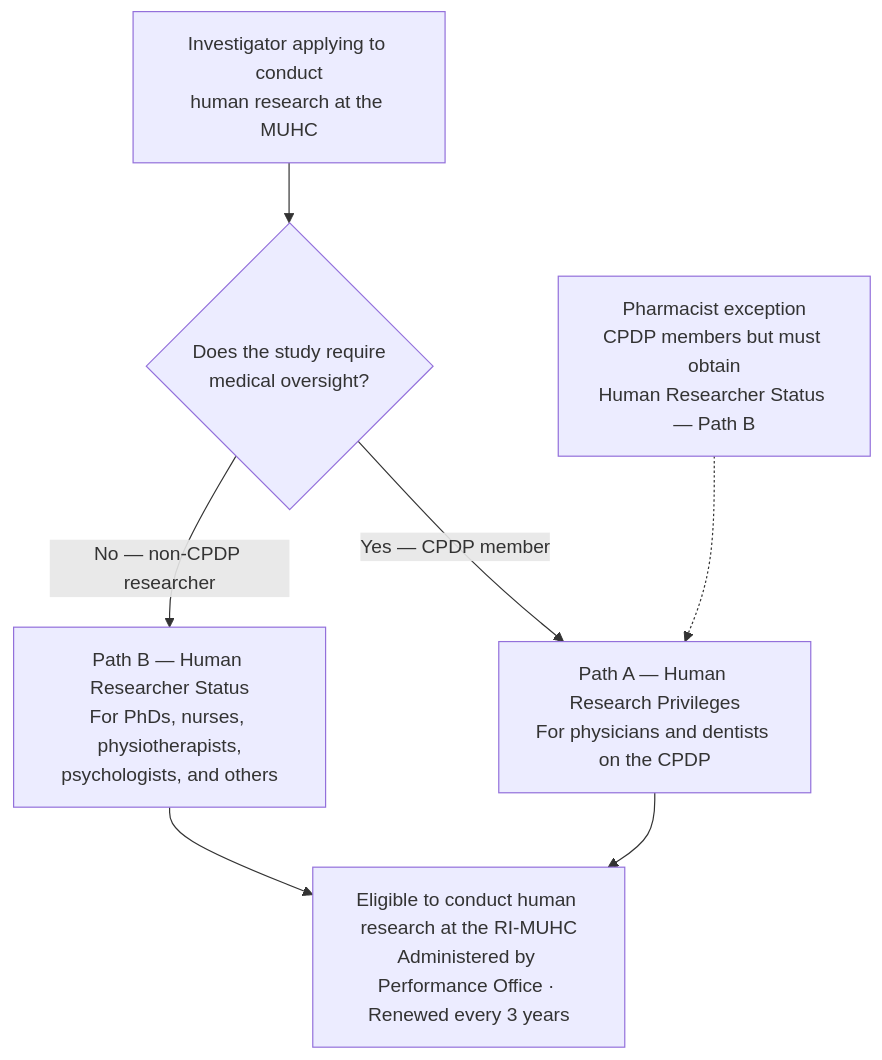
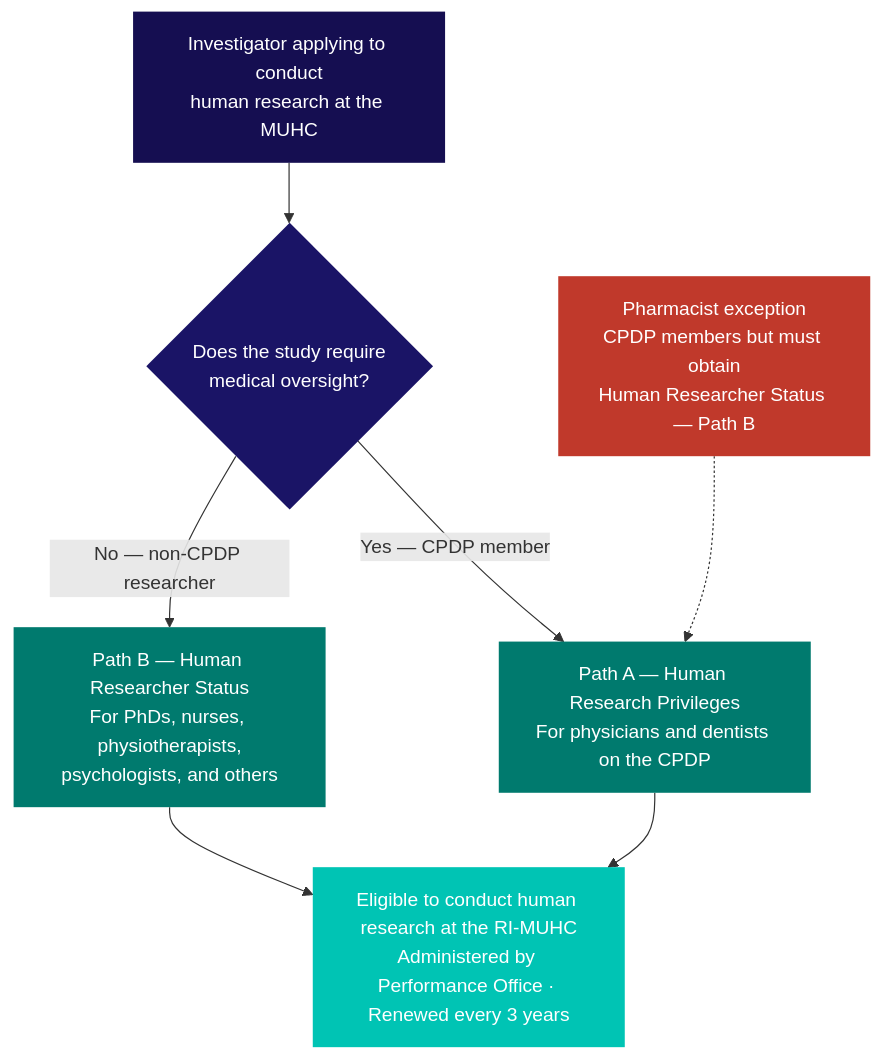
One commit to matthewfiorentino/docs changed the second of 2 diagrams in kb/governance/institutional-structure.mdx. Above: the diagram before and after it, drawn with Mermaid. The commit also changed other lines of this file and 14 other files, not shown here.

````diff
--- a/kb/governance/institutional-structure.mdx
+++ b/kb/governance/institutional-structure.mdx
@@ -92,15 +98,22 @@
 ```mermaid
 flowchart TD
     A["Investigator applying to conduct<br/>human research at the MUHC"]
     B{"Does the study require<br/>medical oversight?"}
     C["Path A — Human Research Privileges<br/>For physicians and dentists on the CPDP"]
     D["Path B — Human Researcher Status<br/>For PhDs, nurses, physiotherapists,<br/>psychologists, and others"]
     E["Pharmacist exception<br/>CPDP members but must obtain<br/>Human Researcher Status — Path B"]
     F["Eligible to conduct human research at the RI-MUHC<br/>Administered by Performance Office · Renewed every 3 years"]
     A --> B
     B -->|"Yes — CPDP member"| C
     B -->|"No — non-CPDP researcher"| D
     E -.-> C
     C --> F
     D --> F
+
+    style A fill:#150e51,color:#fff,stroke:none
+    style B fill:#1a1466,color:#fff,stroke:none
+    style C fill:#007a6e,color:#fff,stroke:none
+    style D fill:#007a6e,color:#fff,stroke:none
+    style E fill:#c0392b,color:#fff,stroke:none
+    style F fill:#00c4b4,color:#fff,stroke:none
 ```
````
